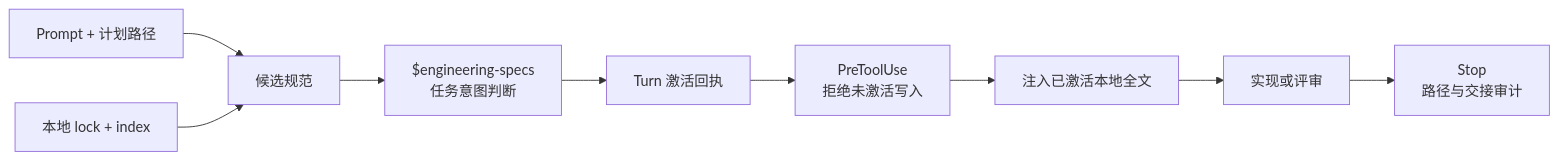
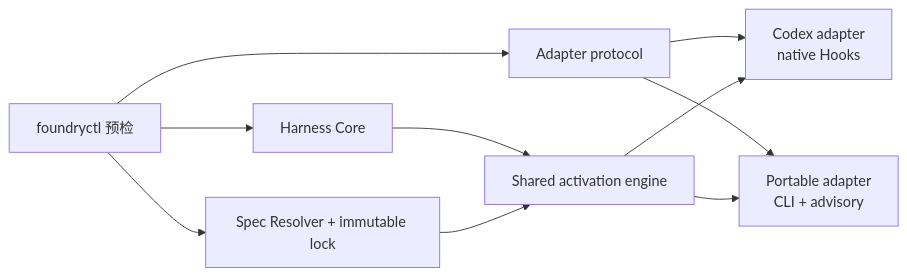
One commit to XiaoWeiKIN/RepoFoundryAI changed the first of 2 diagrams in references/bootstrap.md. Above: the diagram before and after it, drawn with Mermaid. The commit also changed other lines of this file and 38 other files, not shown here.

````diff
--- a/references/bootstrap.md
+++ b/references/bootstrap.md
@@ -221,11 +10,12 @@
 ```mermaid
 flowchart LR
-    P["Prompt + 计划路径"] --> C["候选规范"]
-    I["本地 lock + index"] --> C
-    C --> R["$engineering-specs<br/>任务意图判断"]
-    R --> E["Turn 激活回执"]
-    E --> H["PreToolUse<br/>拒绝未激活写入"]
-    H --> X["注入已激活本地全文"]
-    X --> W["实现或评审"]
-    W --> S["Stop<br/>路径与交接审计"]
+    P["foundryctl 预检"] --> C["Harness Core"]
+    P --> S["Spec Resolver + immutable lock"]
+    P --> A["Adapter protocol"]
+    C --> E["Shared activation engine"]
+    A --> X["Codex adapter<br/>native Hooks"]
+    A --> M["Portable adapter<br/>CLI + advisory"]
+    S --> E
+    E --> X
+    E --> M
 ```
````
